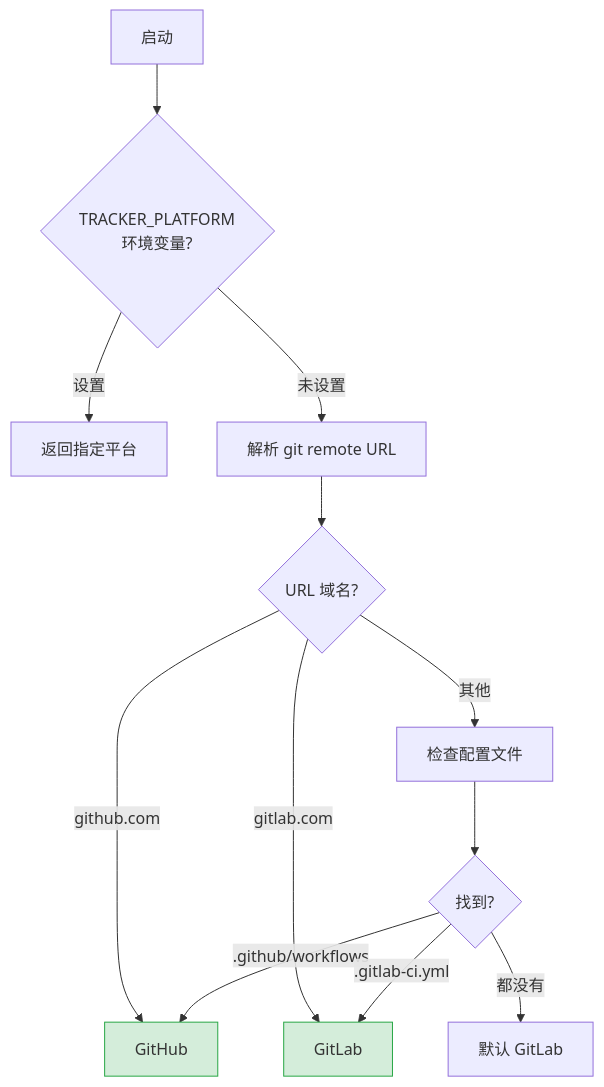
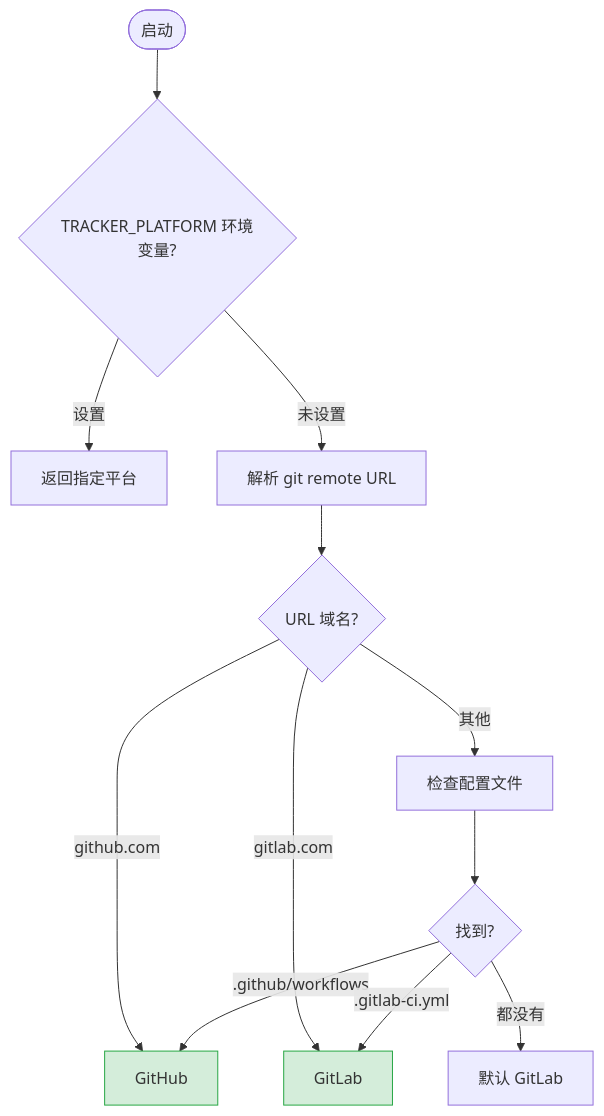
One commit to easyhaloo/afk changed the third of 10 diagrams in docs/ARCHITECTURE.md. Above: the diagram before and after it, drawn with Mermaid. The commit also changed other lines of this file and 1 other file, not shown here.

First line of the commit message:
fix(docs): 修复 Mermaid 图解析错误

````diff
--- a/docs/ARCHITECTURE.md
+++ b/docs/ARCHITECTURE.md
@@ -154,17 +168,17 @@
 ```mermaid
 flowchart TD
-    Start[启动] --> Env{TRACKER_PLATFORM<br/>环境变量?}
+    Start([启动]) --> Env{"TRACKER_PLATFORM 环境变量?"}
     Env -->|设置| ReturnEnv[返回指定平台]
     Env -->|未设置| Remote[解析 git remote URL]
     Remote --> RemoteCheck{URL 域名?}
     RemoteCheck -->|github.com| GH[GitHub]
     RemoteCheck -->|gitlab.com| GL[GitLab]
     RemoteCheck -->|其他| Config[检查配置文件]
     Config --> ConfigCheck{找到?}
     ConfigCheck -->|.github/workflows| GH
     ConfigCheck -->|.gitlab-ci.yml| GL
     ConfigCheck -->|都没有| Default[默认 GitLab]
 
     classDef detected fill:#d4edda,stroke:#28a745
     class GH,GL detected
 ```
````
